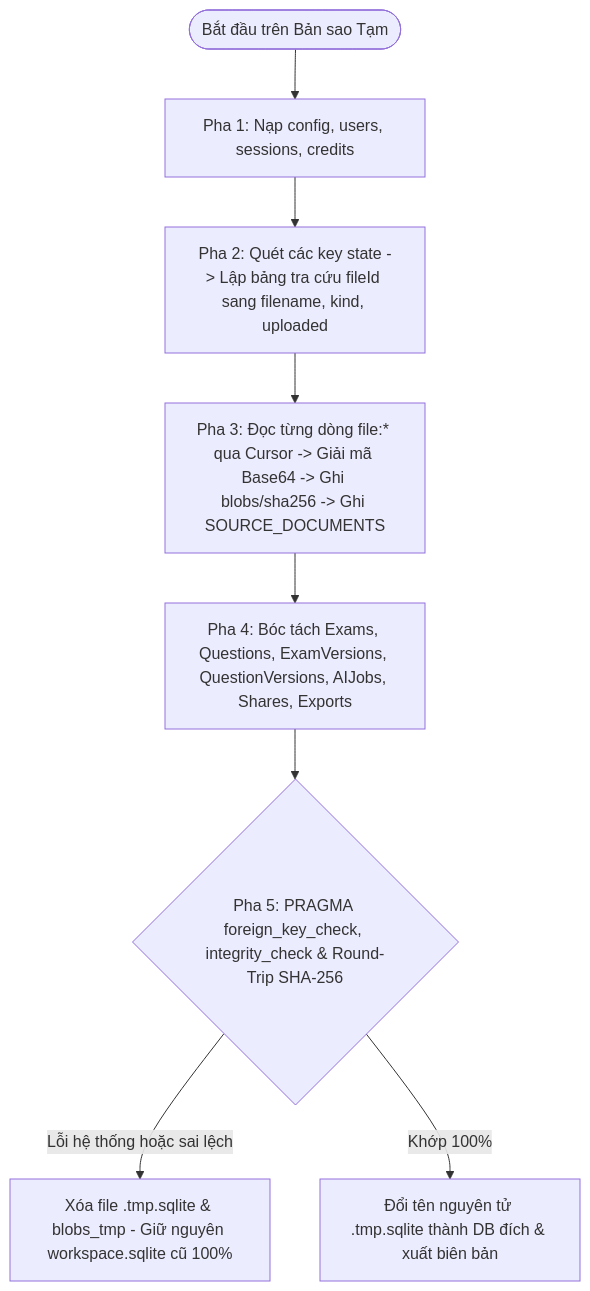
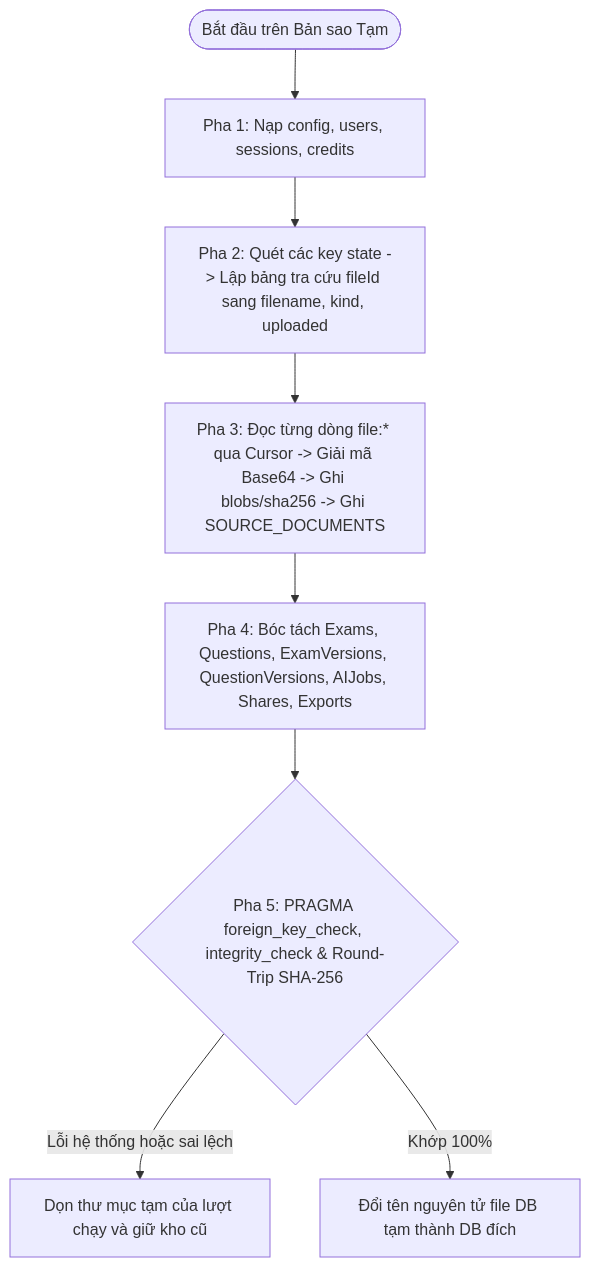
The second of 2 diagrams in docs/contracts/du-lieu.md (ngocthuan1505/proj_VA_soandethi), drawn with Mermaid before and after one commit. The commit also changed other lines of this file and 3 other files, not shown here.

Commit message:
Thêm lệnh di trú kho và khóa khi chạy đồng thời

````diff
--- a/docs/contracts/du-lieu.md
+++ b/docs/contracts/du-lieu.md
@@ -354,10 +354,10 @@
 ```mermaid
 flowchart TD
     Start([Bắt đầu trên Bản sao Tạm]) --> Phase1[Pha 1: Nạp config, users, sessions, credits]
     Phase1 --> Phase2[Pha 2: Quét các key state -> Lập bảng tra cứu fileId sang filename, kind, uploaded]
     Phase2 --> Phase3[Pha 3: Đọc từng dòng file:* qua Cursor -> Giải mã Base64 -> Ghi blobs/sha256 -> Ghi SOURCE_DOCUMENTS]
     Phase3 --> Phase4[Pha 4: Bóc tách Exams, Questions, ExamVersions, QuestionVersions, AIJobs, Shares, Exports]
     Phase4 --> Phase5{Pha 5: PRAGMA foreign_key_check, integrity_check & Round-Trip SHA-256}
-    Phase5 -->|Lỗi hệ thống hoặc sai lệch| Rollback[Xóa file .tmp.sqlite & blobs_tmp - Giữ nguyên workspace.sqlite cũ 100%]
-    Phase5 -->|Khớp 100%| AtomicSwap[Đổi tên nguyên tử .tmp.sqlite thành DB đích & xuất biên bản]
+    Phase5 -->|Lỗi hệ thống hoặc sai lệch| Rollback[Dọn thư mục tạm của lượt chạy và giữ kho cũ]
+    Phase5 -->|Khớp 100%| AtomicSwap[Đổi tên nguyên tử file DB tạm thành DB đích]
 ```
````
